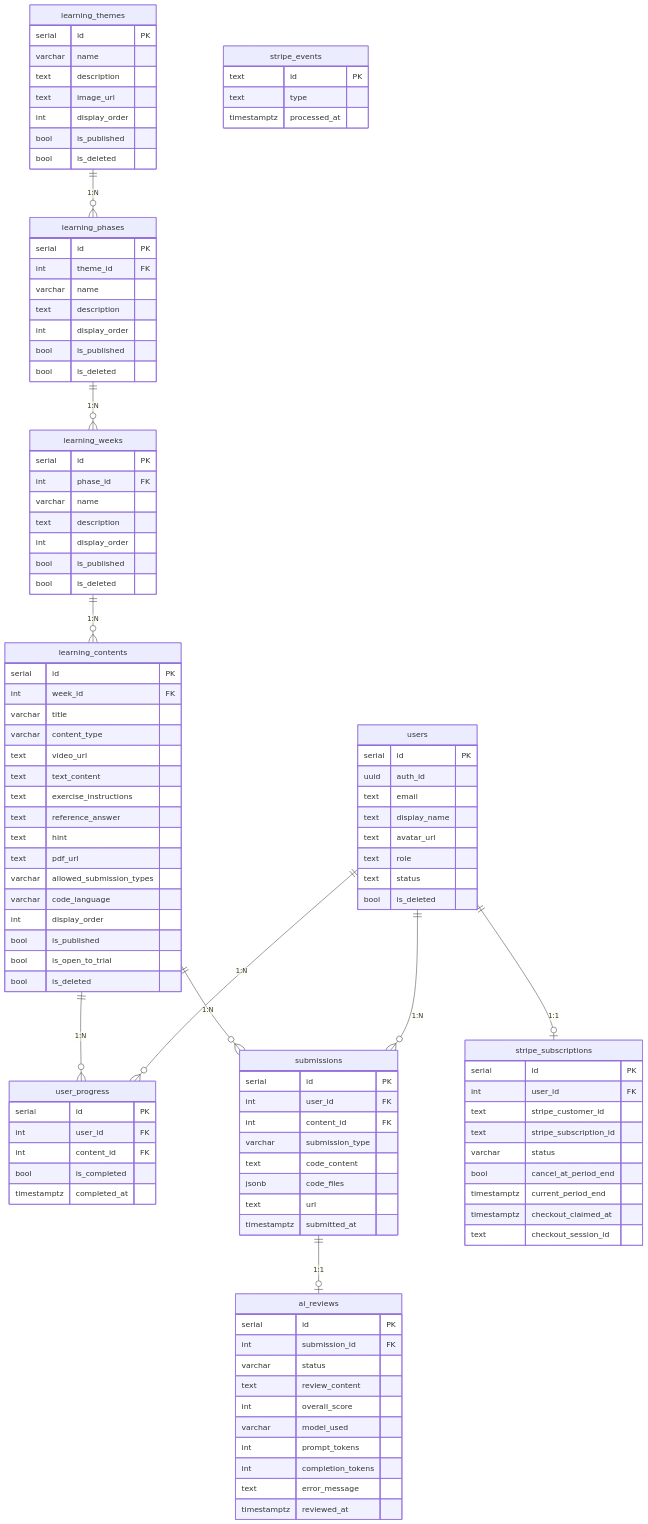
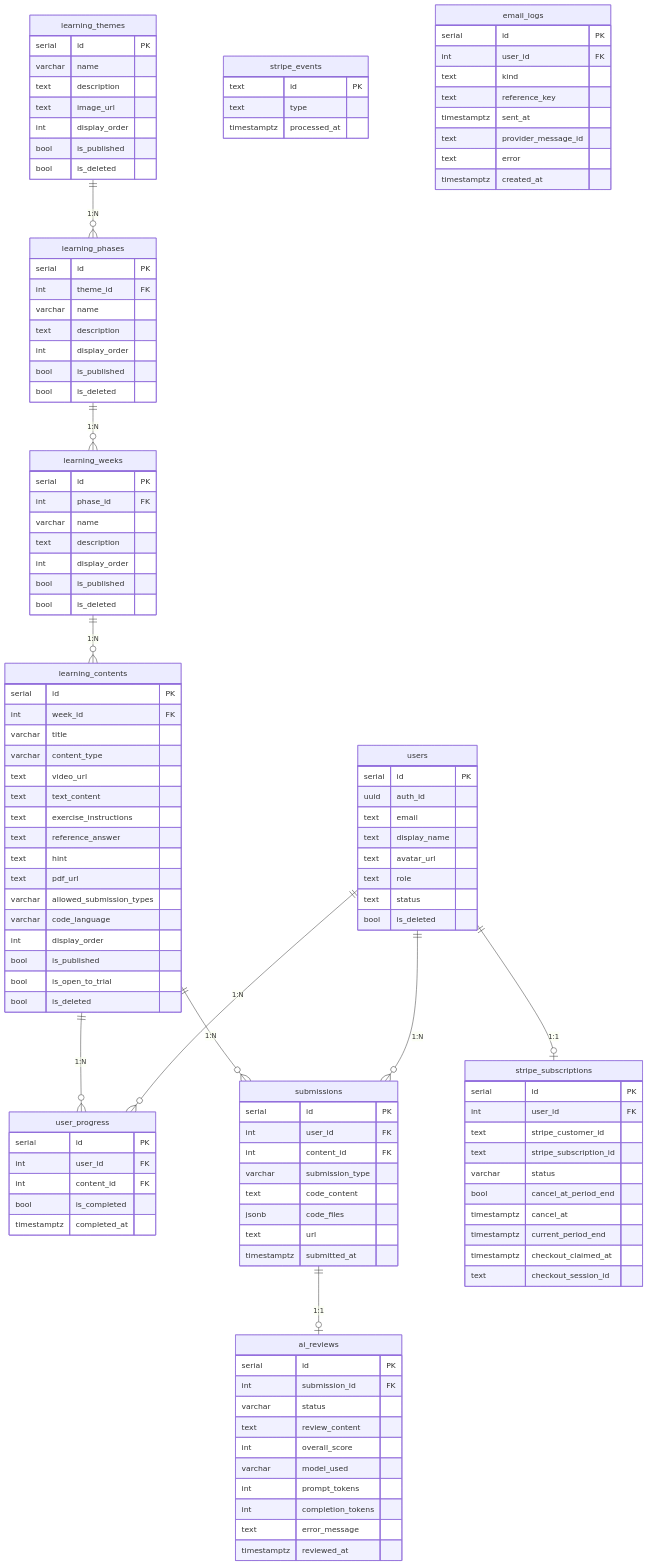
One commit to Singuralitylabs/sinlab-study changed the diagram in docs/database.md. Above: the diagram before and after it, drawn with Mermaid. The commit also changed other lines of this file and 33 other files, not shown here.

````diff
--- a/docs/database.md
+++ b/docs/database.md
@@ -128,6 +128,7 @@
         text stripe_subscription_id
         varchar status
         bool cancel_at_period_end
+        timestamptz cancel_at
         timestamptz current_period_end
         timestamptz checkout_claimed_at
         text checkout_session_id
@@ -137,4 +138,14 @@
         text type
         timestamptz processed_at
     }
+    email_logs {
+        serial id PK
+        int user_id FK
+        text kind
+        text reference_key
+        timestamptz sent_at
+        text provider_message_id
+        text error
+        timestamptz created_at
+    }
 ```
````
